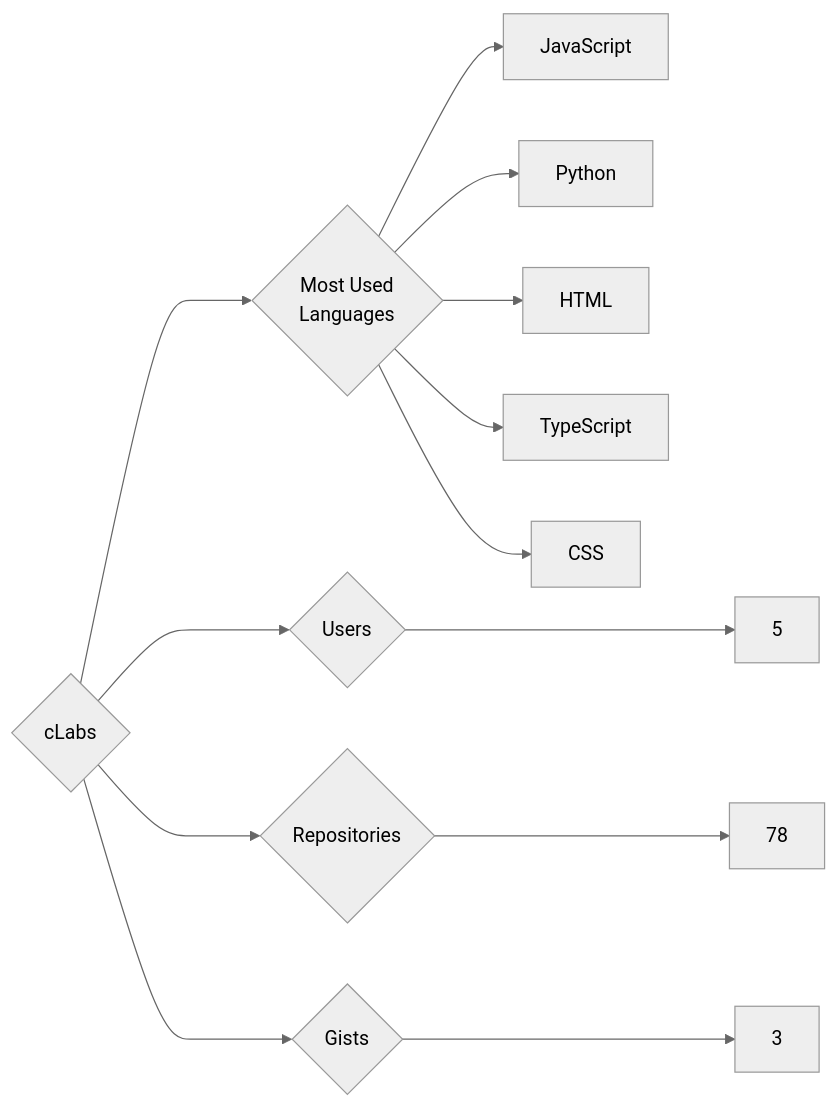
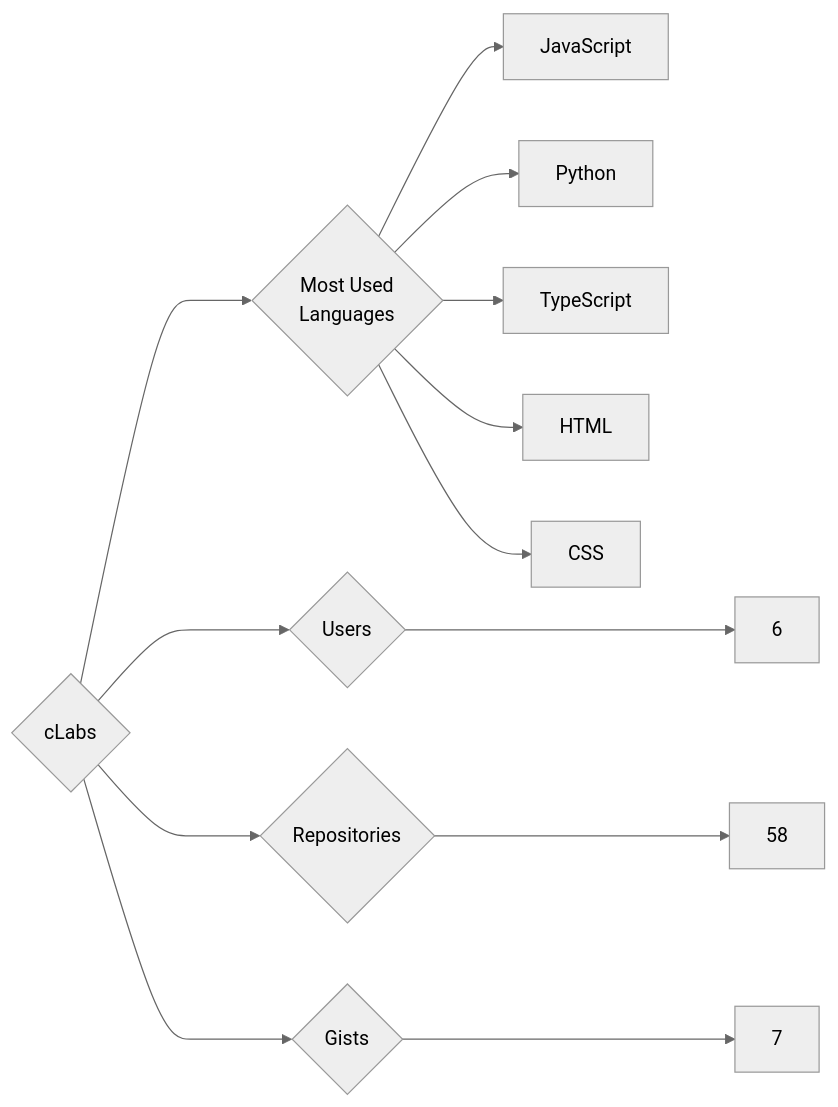
Before and after one commit to trickest/insiders: the diagram in targets/cLabs/README.md, drawn with Mermaid (neutral theme). The commit also changed 1120 other files, not shown here.

````diff
--- a/targets/cLabs/README.md
+++ b/targets/cLabs/README.md
@@ -3,13 +3,13 @@
 ```mermaid
 graph LR
 COMPANY_NAME{cLabs}
-COMPANY_NAME ---> U{Users} ---> UN[5]
-COMPANY_NAME ---> R{Repositories} ---> RN[78]
-COMPANY_NAME ---> G{Gists} ---> GN[3]
+COMPANY_NAME ---> U{Users} ---> UN[6]
+COMPANY_NAME ---> R{Repositories} ---> RN[58]
+COMPANY_NAME ---> G{Gists} ---> GN[7]
 COMPANY_NAME ---> ML{Most Used<br>Languages}
 ML --> JavaScript[JavaScript]
 ML --> Python[Python]
+ML --> TypeScript[TypeScript]
 ML --> HTML[HTML]
-ML --> TypeScript[TypeScript]
 ML --> CSS[CSS]
 ```
````
